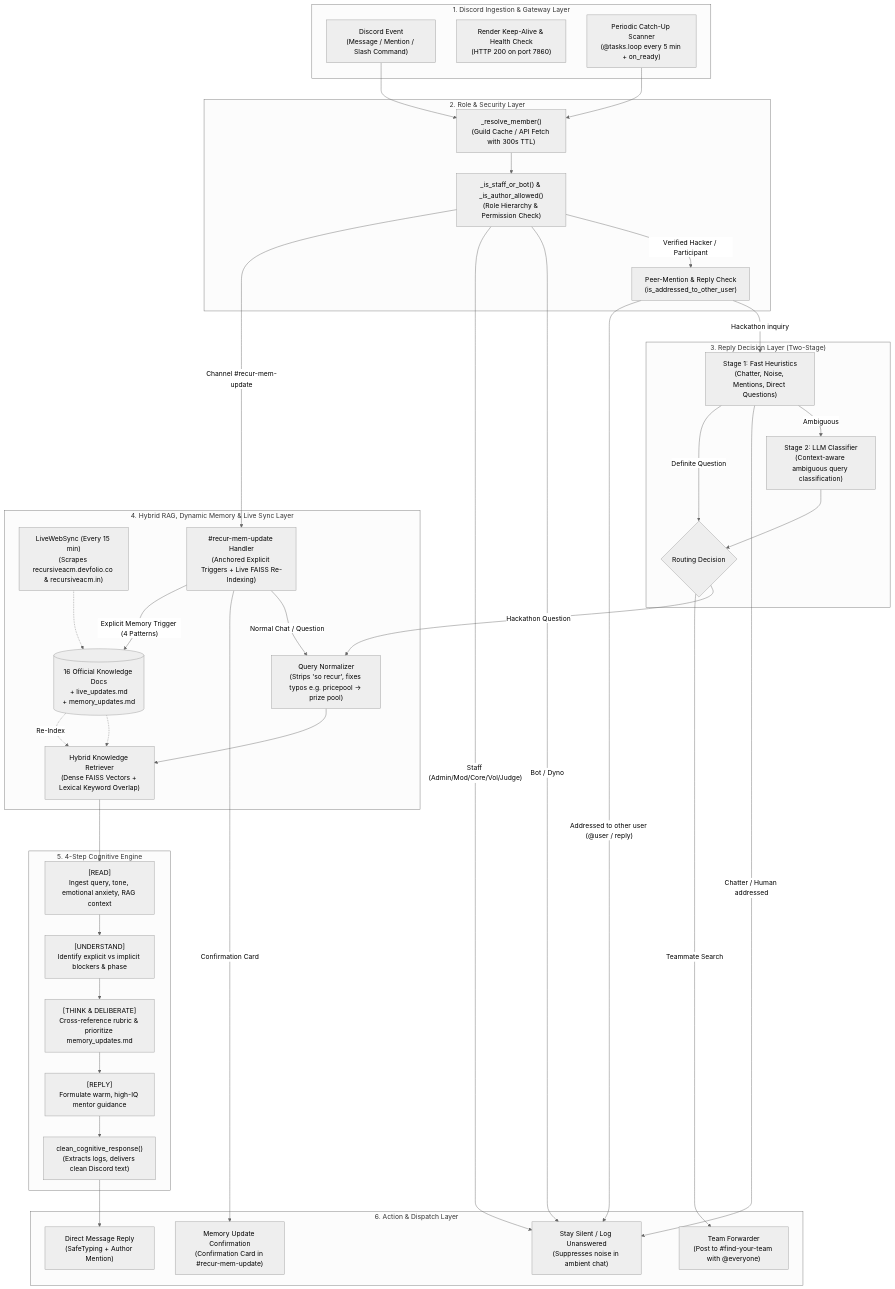
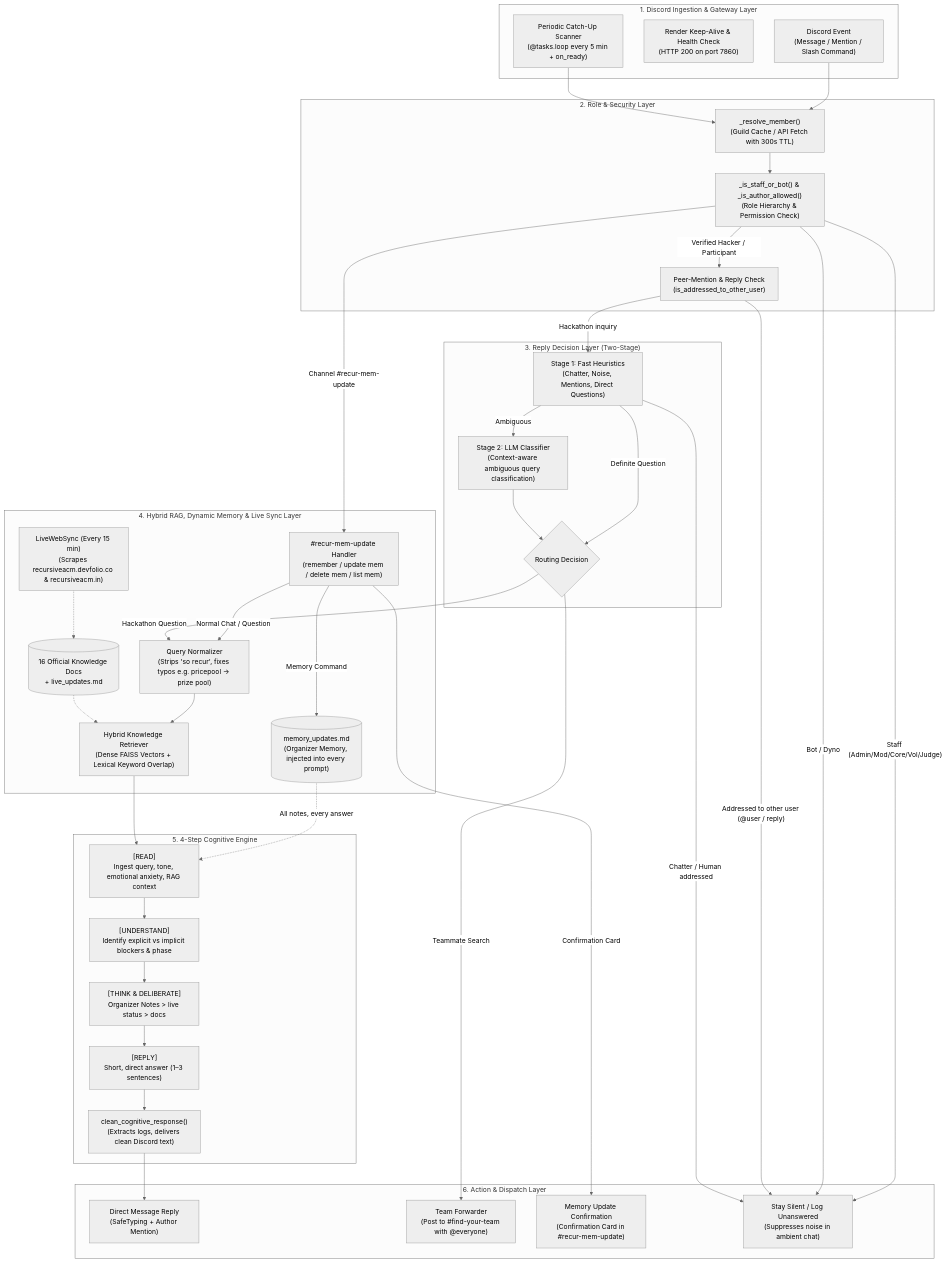
One commit to aryarakshit/Recur changed the first of 2 diagrams in docs/ARCHITECTURE.md. Above: the diagram before and after it, drawn with Mermaid (neutral theme). The commit also changed other lines of this file and 17 other files, not shown here.

````diff
--- a/docs/ARCHITECTURE.md
+++ b/docs/ARCHITECTURE.md
@@ -12,69 +12,70 @@
 ```mermaid
 flowchart TD
     subgraph Discord_Layer["1. Discord Ingestion & Gateway Layer"]
         Event["Discord Event\n(Message / Mention / Slash Command)"]
         KeepAlive["Render Keep-Alive & Health Check\n(HTTP 200 on port 7860)"]
         Scanner["Periodic Catch-Up Scanner\n(@tasks.loop every 5 min + on_ready)"]
     end
 
     subgraph Security_Layer["2. Role & Security Layer"]
         Resolver["_resolve_member()\n(Guild Cache / API Fetch with 300s TTL)"]
         RoleFilter["_is_staff_or_bot() & _is_author_allowed()\n(Role Hierarchy & Permission Check)"]
         PeerFilter["Peer-Mention & Reply Check\n(is_addressed_to_other_user)"]
     end
 
     subgraph Decision_Layer["3. Reply Decision Layer (Two-Stage)"]
         Heuristics["Stage 1: Fast Heuristics\n(Chatter, Noise, Mentions, Direct Questions)"]
         Classifier["Stage 2: LLM Classifier\n(Context-aware ambiguous query classification)"]
         Router{"Routing Decision"}
     end
 
     subgraph RAG_Layer["4. Hybrid RAG, Dynamic Memory & Live Sync Layer"]
         Normalizer["Query Normalizer\n(Strips 'so recur', fixes typos e.g. pricepool -> prize pool)"]
         Retriever["Hybrid Knowledge Retriever\n(Dense FAISS Vectors + Lexical Keyword Overlap)"]
         LiveSync["LiveWebSync (Every 15 min)\n(Scrapes recursiveacm.devfolio.co & recursiveacm.in)"]
-        MemUpdate["#recur-mem-update Handler\n(Anchored Explicit Triggers + Live FAISS Re-Indexing)"]
-        KnowledgeBase[("16 Official Knowledge Docs\n+ live_updates.md\n+ memory_updates.md")]
+        MemUpdate["#recur-mem-update Handler\n(remember / update mem / delete mem / list mem)"]
+        MemoryStore[("memory_updates.md\n(Organizer Memory, injected into every prompt)")]
+        KnowledgeBase[("16 Official Knowledge Docs\n+ live_updates.md")]
     end
 
     subgraph Cognitive_Layer["5. 4-Step Cognitive Engine"]
         Read["[READ]\nIngest query, tone, emotional anxiety, RAG context"]
         Understand["[UNDERSTAND]\nIdentify explicit vs implicit blockers & phase"]
-        Think["[THINK & DELIBERATE]\nCross-reference rubric & prioritize memory_updates.md"]
-        Reply["[REPLY]\nFormulate warm, high-IQ mentor guidance"]
+        Think["[THINK & DELIBERATE]\nOrganizer Notes > live status > docs"]
+        Reply["[REPLY]\nShort, direct answer (1–3 sentences)"]
         Cleaner["clean_cognitive_response()\n(Extracts logs, delivers clean Discord text)"]
     end
 
     subgraph Output_Layer["6. Action & Dispatch Layer"]
         SendReply["Direct Message Reply\n(SafeTyping + Author Mention)"]
         ForwardTeam["Team Forwarder\n(Post to #find-your-team with @everyone)"]
         MemConfirm["Memory Update Confirmation\n(Confirmation Card in #recur-mem-update)"]
         Silent["Stay Silent / Log Unanswered\n(Suppresses noise in ambient chat)"]
     end
 
     Event --> Resolver
     Scanner --> Resolver
     Resolver --> RoleFilter
     RoleFilter -- "Channel #recur-mem-update" --> MemUpdate
     RoleFilter -- "Staff (Admin/Mod/Core/Vol/Judge)" --> Silent
     RoleFilter -- "Bot / Dyno" --> Silent
     RoleFilter -- "Verified Hacker / Participant" --> PeerFilter
 
-    MemUpdate -- "Explicit Memory Trigger (4 Patterns)" --> KnowledgeBase
-    KnowledgeBase -. Re-Index .-> Retriever
+    MemUpdate -- "Memory Command" --> MemoryStore
+    MemoryStore -. "All notes, every answer" .-> Read
     MemUpdate -- "Confirmation Card" --> MemConfirm
     MemUpdate -- "Normal Chat / Question" --> Normalizer
 
     PeerFilter -- "Addressed to other user (@user / reply)" --> Silent
     PeerFilter -- "Hackathon inquiry" --> Heuristics
 
     Heuristics -- "Definite Question" --> Router
     Heuristics -- "Chatter / Human addressed" --> Silent
     Heuristics -- "Ambiguous" --> Classifier --> Router
 
     Router -- "Teammate Search" --> ForwardTeam
     Router -- "Hackathon Question" --> Normalizer
     Normalizer --> Retriever
     LiveSync -.-> KnowledgeBase -.-> Retriever
     Retriever --> Read --> Understand --> Think --> Reply --> Cleaner --> SendReply
 ```
````
